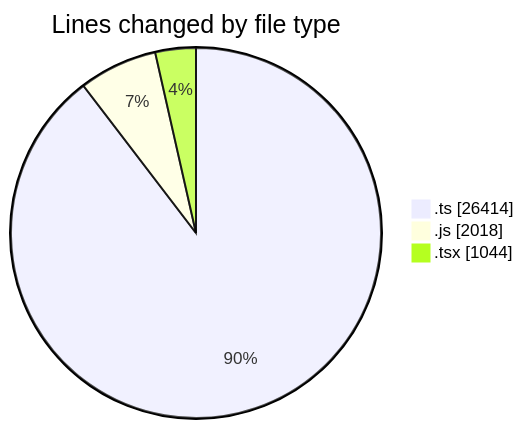
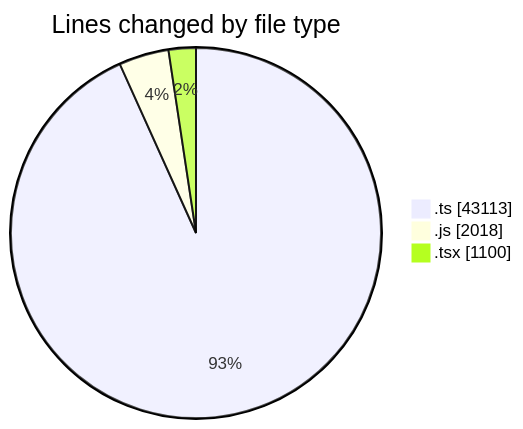
The first of 2 diagrams in 2025-06-20/cda/README.md (momahboobian/code-tracking), drawn with Mermaid before and after one commit. The commit also changed other lines of this file and 1 other file, not shown here.

````diff
--- a/2025-06-20/cda/README.md
+++ b/2025-06-20/cda/README.md
@@ -44,7 +44,7 @@
 ```mermaid
 pie showData
 title Lines changed by file type
-".ts" : 26414
+".ts" : 43113
 ".js" : 2018
-".tsx" : 1044
+".tsx" : 1100
 ```
````
